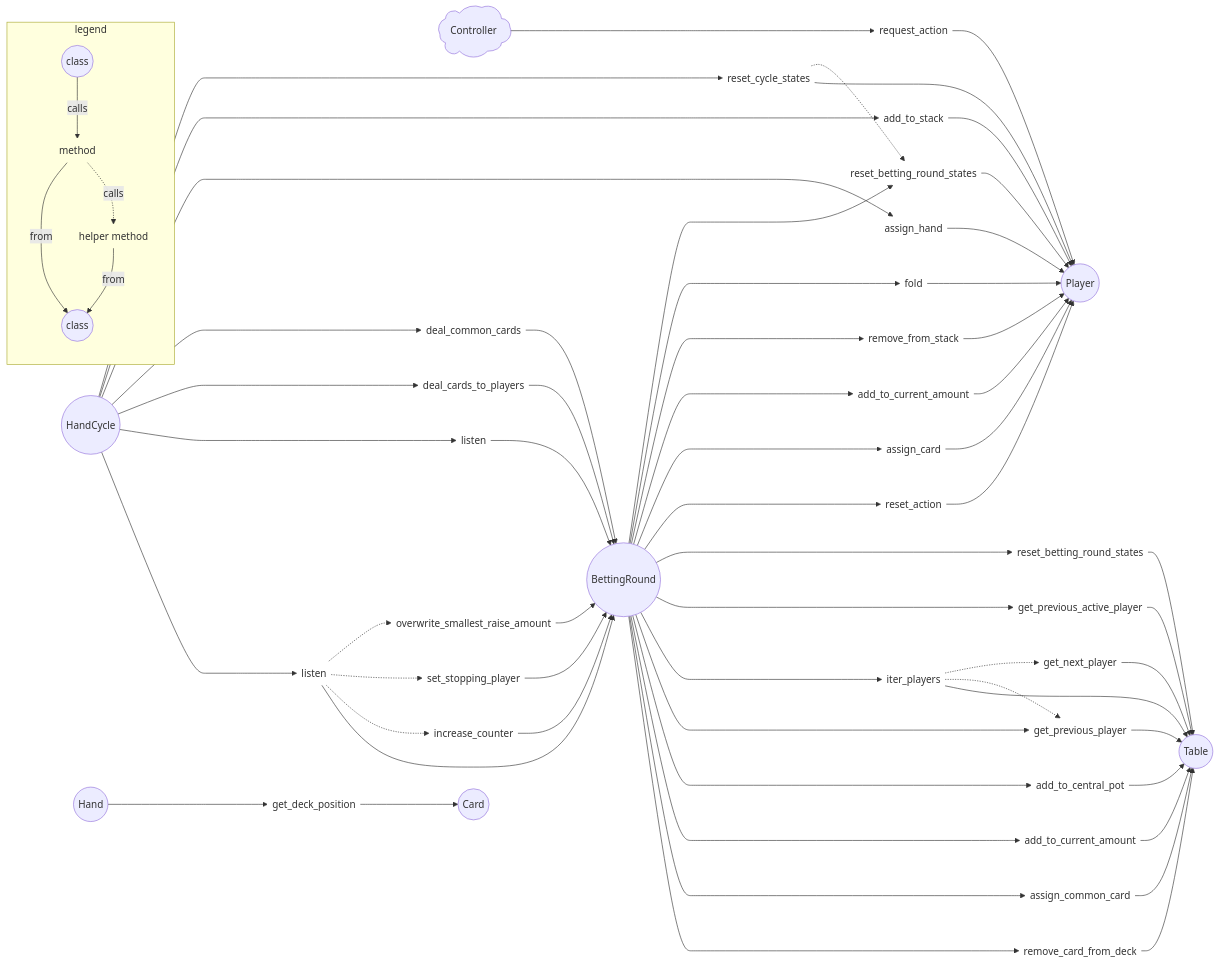
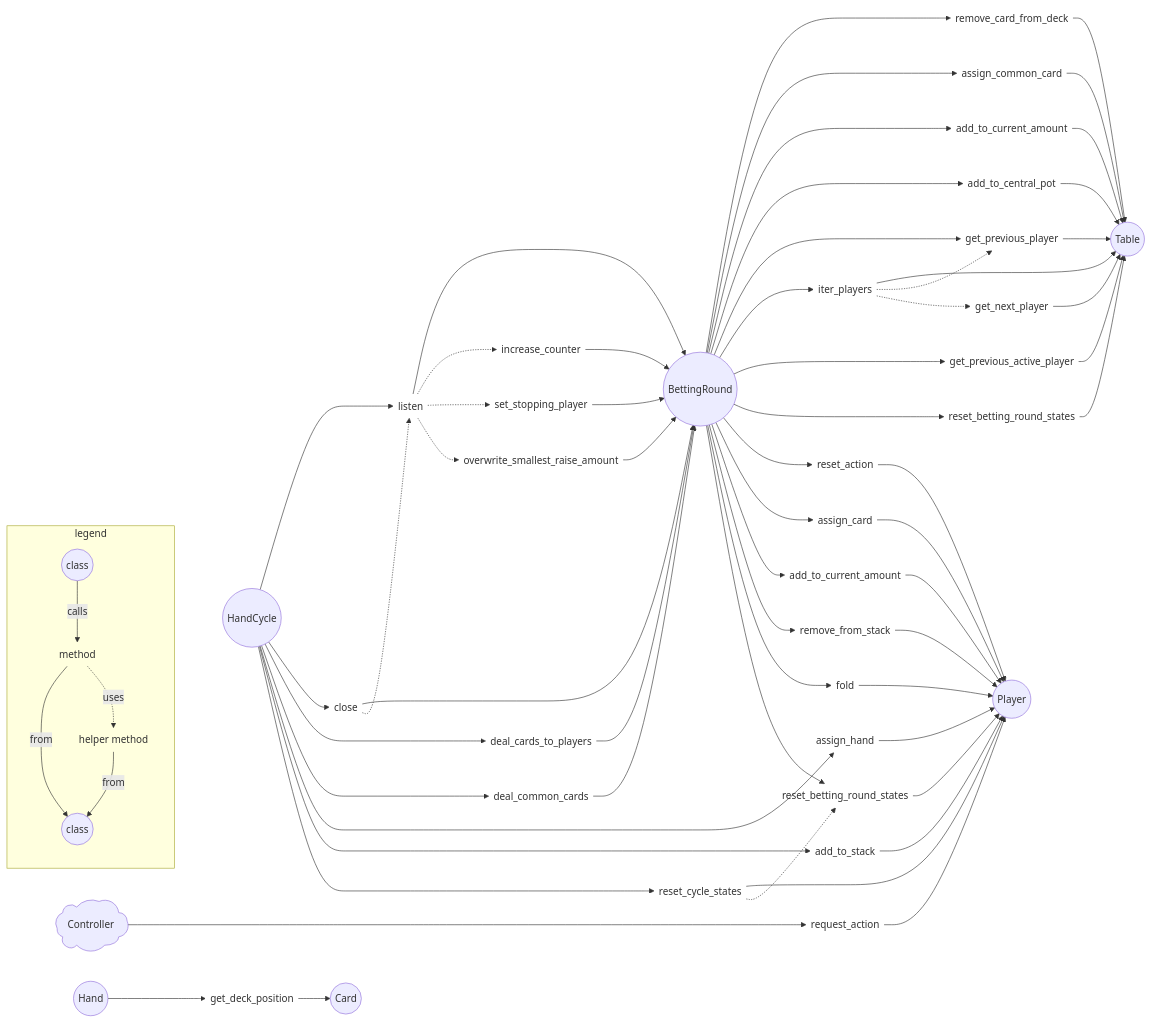
Before and after one commit to jorsaland/pokerpy: the diagram in MODEL.md, drawn with Mermaid.

Commit message:
fix: method fixes in mermaid graph

```diff
--- a/MODEL.md
+++ b/MODEL.md
@@ -10,7 +10,7 @@
         m2(helper method)@{ shape: text }
         i1 --> |calls| m1
         m1 --> |from| i2
-        m1 -.-> |calls| m2
+        m1 -.-> |uses| m2
         m2 --> |from| i2
     end
 
@@ -22,7 +22,7 @@
 
     BR(BettingRound)@{ shape: circle }
     BR.listen(listen)@{ shape: text }
-    BR.close(listen)@{ shape: text }
+    BR.close(close)@{ shape: text }
     BR.increase_counter(increase_counter)@{ shape: text }
     BR.set_stopping_player(set_stopping_player)@{ shape: text }
     BR.overwrite_smallest_raise_amount(overwrite_smallest_raise_amount)@{ shape: text }
@@ -92,34 +92,34 @@
 
     %% Class-method
 
-    C -----> P.request_action
+    C -------> P.request_action
 
-    HC ----> BR.listen
-    HC ----> BR.close
-    HC ----> BR.deal_cards_to_players
-    HC ----> BR.deal_common_cards
+    HC --> BR.listen
+    HC --> BR.close
+    HC --> BR.deal_cards_to_players
+    HC --> BR.deal_common_cards
 
-    HC ----> P.assign_hand
-    HC ----> P.add_to_stack
-    HC ----> P.reset_cycle_states
+    HC --> P.assign_hand
+    HC --> P.add_to_stack
+    HC --> P.reset_cycle_states
 
-    BR ----> T.remove_card_from_deck
-    BR ----> T.assign_common_card
-    BR ----> T.add_to_current_amount
-    BR ----> T.add_to_central_pot
-    BR ----> T.get_previous_player
-    BR ----> T.iter_players
-    BR ----> T.get_previous_active_player
-    BR ----> T.reset_betting_round_states
+    BR --> T.remove_card_from_deck
+    BR --> T.assign_common_card
+    BR --> T.add_to_current_amount
+    BR --> T.add_to_central_pot
+    BR --> T.get_previous_player
+    BR --> T.iter_players
+    BR --> T.get_previous_active_player
+    BR --> T.reset_betting_round_states
 
-    BR ----> P.reset_action
-    BR ----> P.assign_card
-    BR ----> P.add_to_current_amount
-    BR ----> P.remove_from_stack
-    BR ----> P.fold
-    BR ----> P.reset_betting_round_states
+    BR --> P.reset_action
+    BR --> P.assign_card
+    BR --> P.add_to_current_amount
+    BR --> P.remove_from_stack
+    BR --> P.fold
+    BR --> P.reset_betting_round_states
 
-    H ----> Cd.get_deck_position
+    H --> Cd.get_deck_position
 
     %% Helper method relations
 
@@ -128,6 +128,7 @@
     T.iter_players -.-> T.get_previous_player
     T.iter_players -.-> T.get_next_player
 
+    BR.close  -.-> BR.listen
     BR.listen -.-> BR.increase_counter
     BR.listen -.-> BR.set_stopping_player
     BR.listen -.-> BR.overwrite_smallest_raise_amount
```
